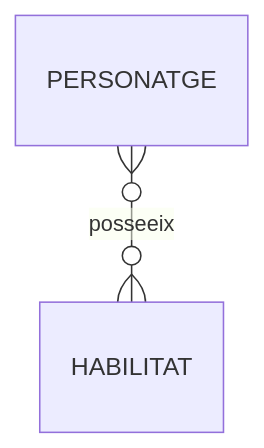
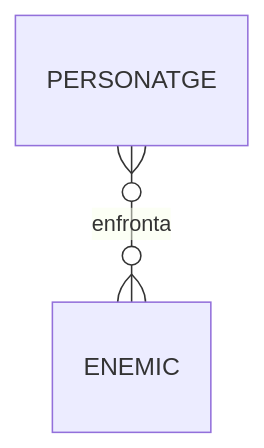
One commit to davidballesteross/Lliuraments-2627 changed diagram 19 of 21 in GBD/activitat-02-diagrama-er/diagrama-er-mermaid.md. Above: the diagram before and after it, drawn with Mermaid. The commit also changed other lines of this file, not shown here.

First line of the commit message:
Add mermaid diagrams for character and enemy relationships

````diff
--- a/GBD/activitat-02-diagrama-er/diagrama-er-mermaid.md
+++ b/GBD/activitat-02-diagrama-er/diagrama-er-mermaid.md
@@ -353,4 +352,4 @@
 ```mermaid
 erDiagram
-    PERSONATGE }o--o{ HABILITAT : posseeix
+    PERSONATGE }o--o{ ENEMIC : enfronta
 ```
````
